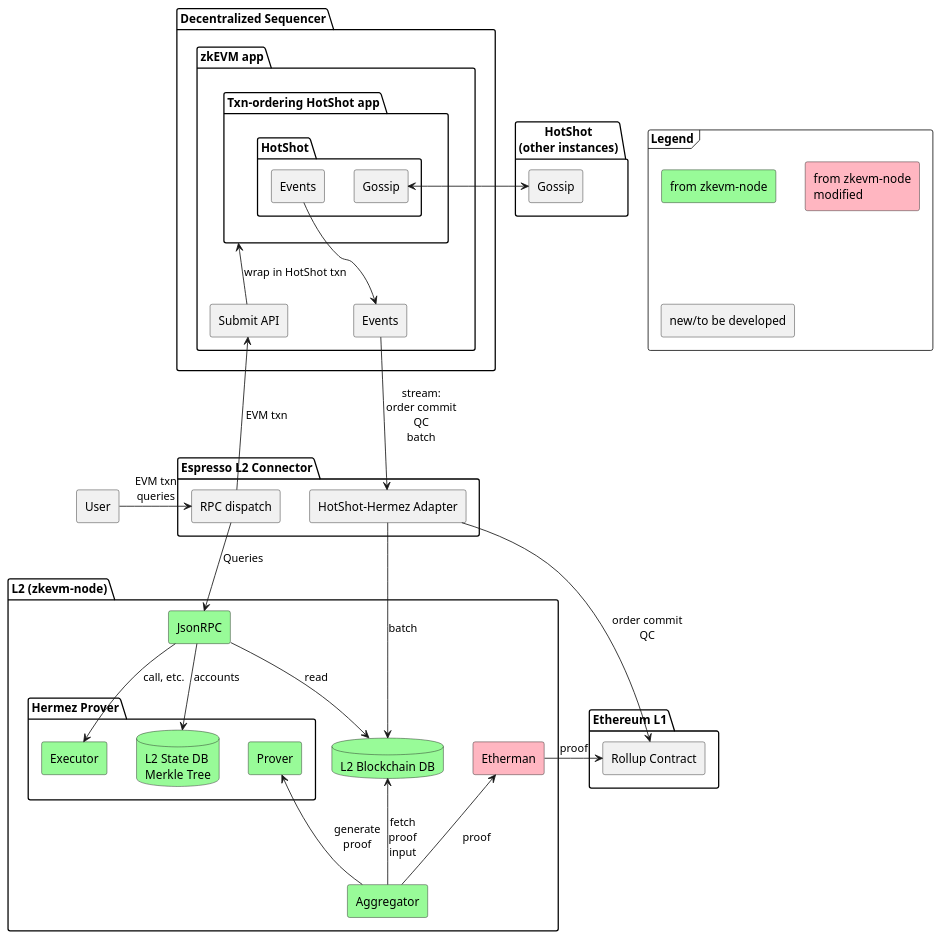
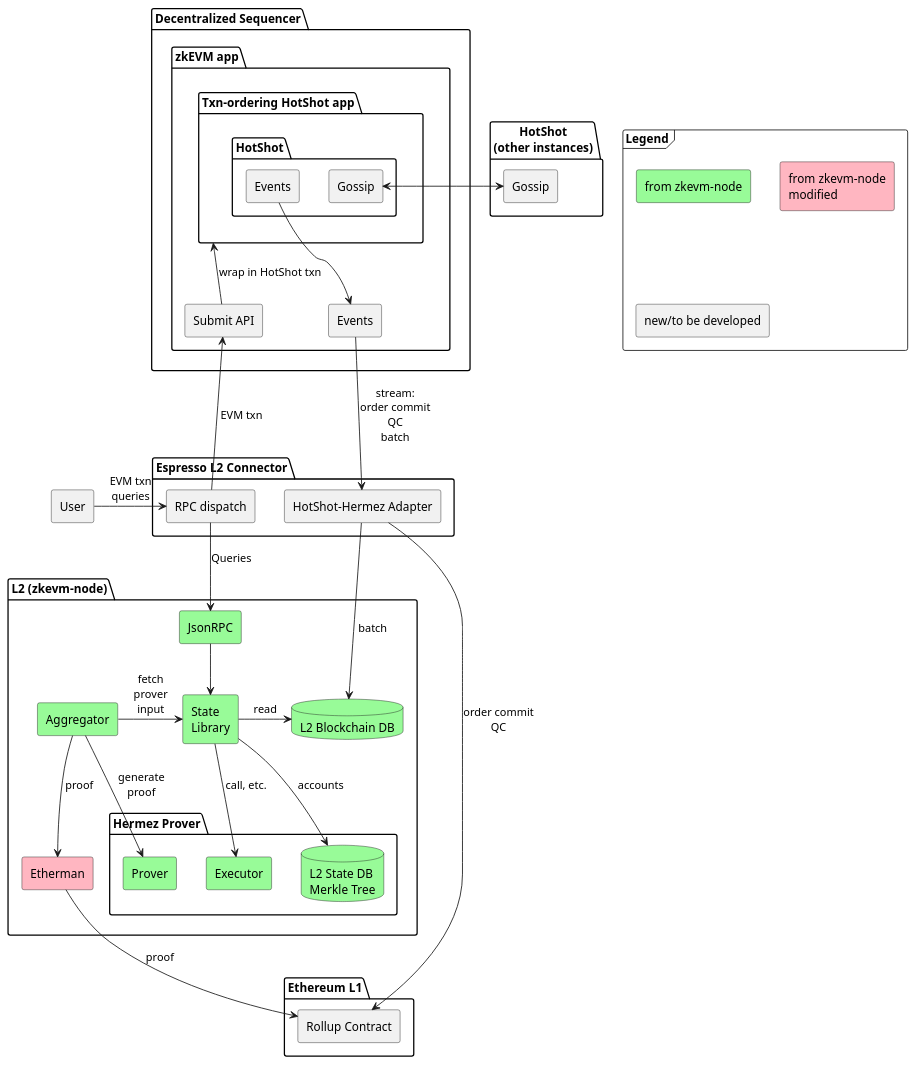
Before and after one commit to EspressoSystems/espresso-sequencer: the diagram in doc/minimal-hermez.puml, drawn with PlantUML. The commit also changed 1 other file, not shown here.

Commit message:
Add State Library

```diff
--- a/doc/minimal-hermez.puml
+++ b/doc/minimal-hermez.puml
@@ -1,83 +1,86 @@
 @startuml
 skinparam componentStyle rectangle
 
 frame Legend {
   component "from zkevm-node" #PaleGreen
   component "from zkevm-node\nmodified" #LightPink
   component "new/to be developed"
 }
 
 component User
 package "HotShot\n(other instances)" as HotShotExternal {
   component "Gossip" as GossipExternal
 }
 
 package "Decentralized Sequencer" {
   package "zkEVM app" as zkApp {
     component Events
     component "Submit API" as Submit
     package "Txn-ordering HotShot app" as App {
       package HotShot {
         component "Gossip" as GossipInternal
         component "Events" as HotShotEvents
       }
     }
   }
 }
 
 
 package "Espresso L2 Connector" as Connector {
   component "HotShot-Hermez Adapter" as Adapter
   component "RPC dispatch" as Dispatch
 }
 
 package "Ethereum L1" as L1 {
   component "Rollup Contract" as Rollup
   ' component "Bridge L1" as BridgeL1 #PaleGreen
 }
 
 
 package "L2 (zkevm-node)" as L2 {
   component JsonRPC #PaleGreen
   database L2DB #PaleGreen [
     L2 Blockchain DB
   ]
   package "Hermez Prover" as HermezProver {
     component Prover #PaleGreen
     component Executor #PaleGreen
     database Tree #PaleGreen [
       L2 State DB
       Merkle Tree
     ]
   }
   'component "Bridge L2" as BridgeL2 #PaleGreen
   component Etherman #LightPink
   component Aggregator #PaleGreen
+  component "State\nLibrary" as State #PaleGreen
 }
 
 User -> Dispatch: EVM txn\nqueries
 Dispatch --> JsonRPC: Queries
 Dispatch -up-> Submit: EVM txn
 
 GossipInternal <-> GossipExternal
 
 Events --> Adapter: stream:\norder commit\nQC\nbatch
 
 Adapter -> L2DB: batch
 Adapter -> Rollup: order commit\nQC
 
-JsonRPC --> L2DB: read
-JsonRPC --> Tree: accounts
-JsonRPC --> Executor: call, etc.
+JsonRPC --> State
 
-Aggregator -up-> L2DB: fetch\nproof\ninput
-Aggregator -up-> Etherman: proof
-Aggregator -up-> Prover: generate\nproof
-Etherman -> Rollup: proof
+State -> L2DB: read
+State --> Tree: accounts
+State --> Executor: call, etc.
+
+Aggregator -> State: fetch\nprover\ninput
+Aggregator --> Etherman: proof
+Aggregator -> Prover: generate\nproof
+Etherman --> Rollup: proof
 
 ' Prover ..> BridgeL2
 ' User --> BridgeL1
 Submit -up-> App: wrap in HotShot txn
 HotShotEvents -down-> Events
 
 @enduml
```
